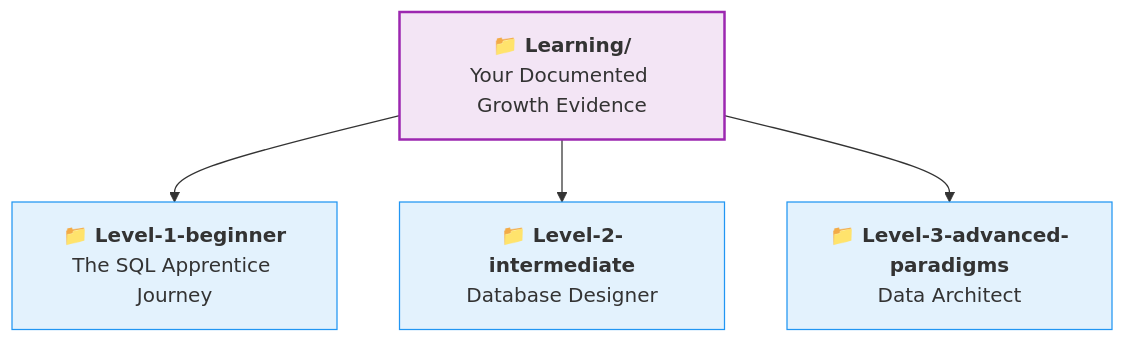
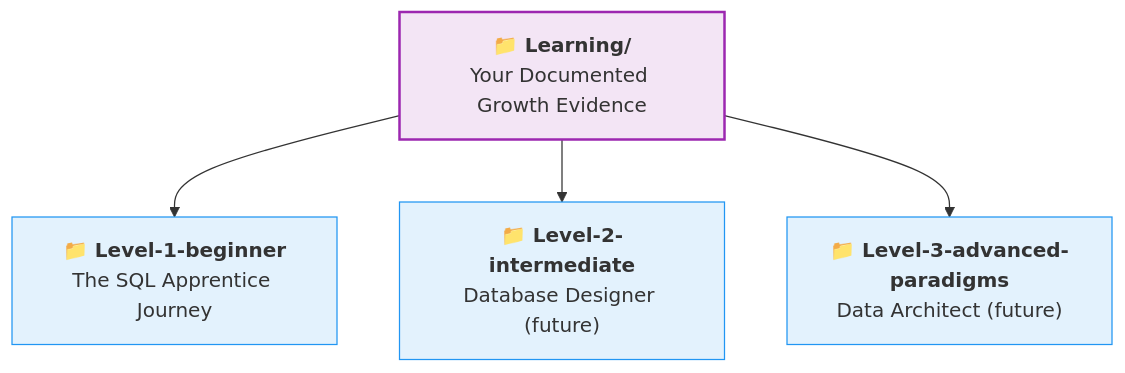
Before and after one commit to uniqueumamaheswari-universe/SQLVerse: the fourth of 11 diagrams in Level-1-beginner/Guides/Section1-ACQUIRE/3_Knowledge_Base.md, drawn with Mermaid. The commit also changed other lines of this file and 9 other files, not shown here.

````diff
--- a/Level-1-beginner/Guides/Section1-ACQUIRE/3_Knowledge_Base.md
+++ b/Level-1-beginner/Guides/Section1-ACQUIRE/3_Knowledge_Base.md
@@ -153,13 +169,13 @@
 ```mermaid
 flowchart TD
     Learn["<b>📁 Learning/</b><br/>Your Documented Growth Evidence"]
     
     Learn --> L1["<b>📁 Level-1-beginner</b><br/>The SQL Apprentice Journey"]
-    Learn --> L2["<b>📁 Level-2-intermediate</b><br/>Database Designer"]
-    Learn --> L3["<b>📁 Level-3-advanced-paradigms</b><br/>Data Architect"]
+    Learn --> L2["<b>📁 Level-2-intermediate</b><br/>Database Designer (future)"]
+    Learn --> L3["<b>📁 Level-3-advanced-paradigms</b><br/>Data Architect (future)"]
     
     style Learn fill:#f3e5f5,stroke:#9c27b0,stroke-width:2px
     style L1 fill:#e3f2fd,stroke:#2196f3
     style L2 fill:#e3f2fd,stroke:#2196f3
     style L3 fill:#e3f2fd,stroke:#2196f3
 ```
````
